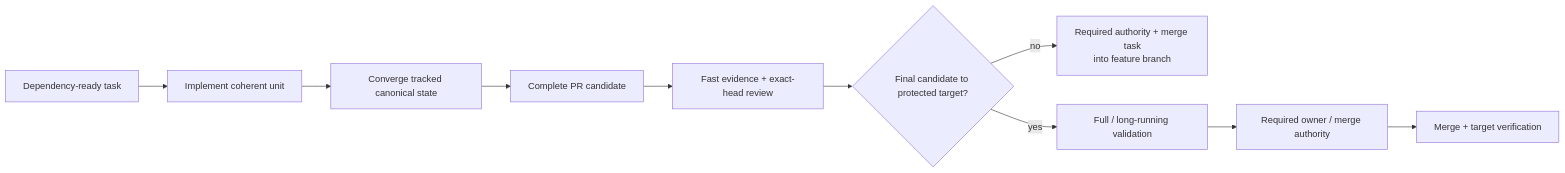
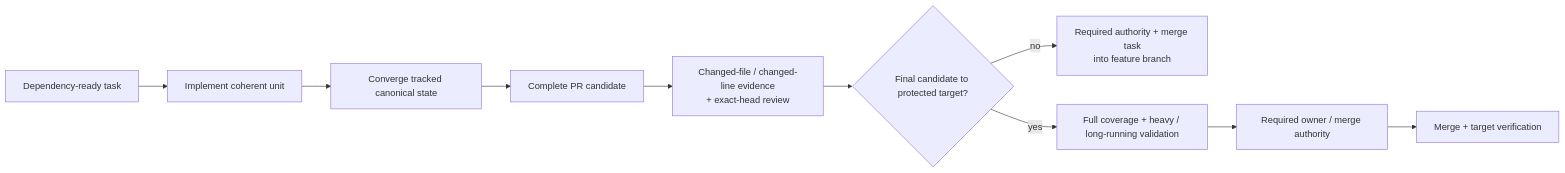
Before and after one commit to hhhhhusky777/spec-driven-delivery-playbook: the seventh of 12 diagrams in README.md, drawn with Mermaid. The commit also changed other lines of this file and 5 other files, not shown here.

````diff
--- a/README.md
+++ b/README.md
@@ -295,12 +295,12 @@
 ```mermaid
 flowchart LR
     R["Dependency-ready task"] --> I["Implement coherent unit"]
     I --> C["Converge tracked canonical state"]
     C --> PR["Complete PR candidate"]
-    PR --> A["Fast evidence + exact-head review"]
+    PR --> A["Changed-file / changed-line evidence<br/>+ exact-head review"]
     A --> G{"Final candidate to protected target?"}
     G -->|"no"| T["Required authority + merge task<br/>into feature branch"]
-    G -->|"yes"| V["Full / long-running validation"]
+    G -->|"yes"| V["Full coverage + heavy / long-running validation"]
     V --> H["Required owner / merge authority"]
     H --> M["Merge + target verification"]
 ```
````
